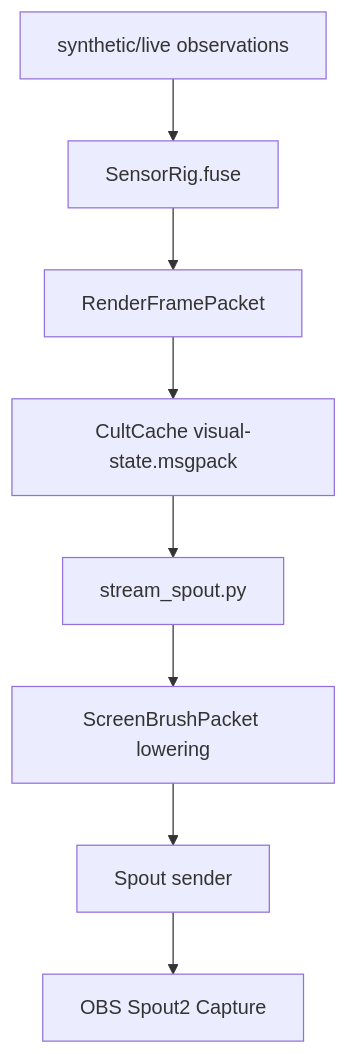
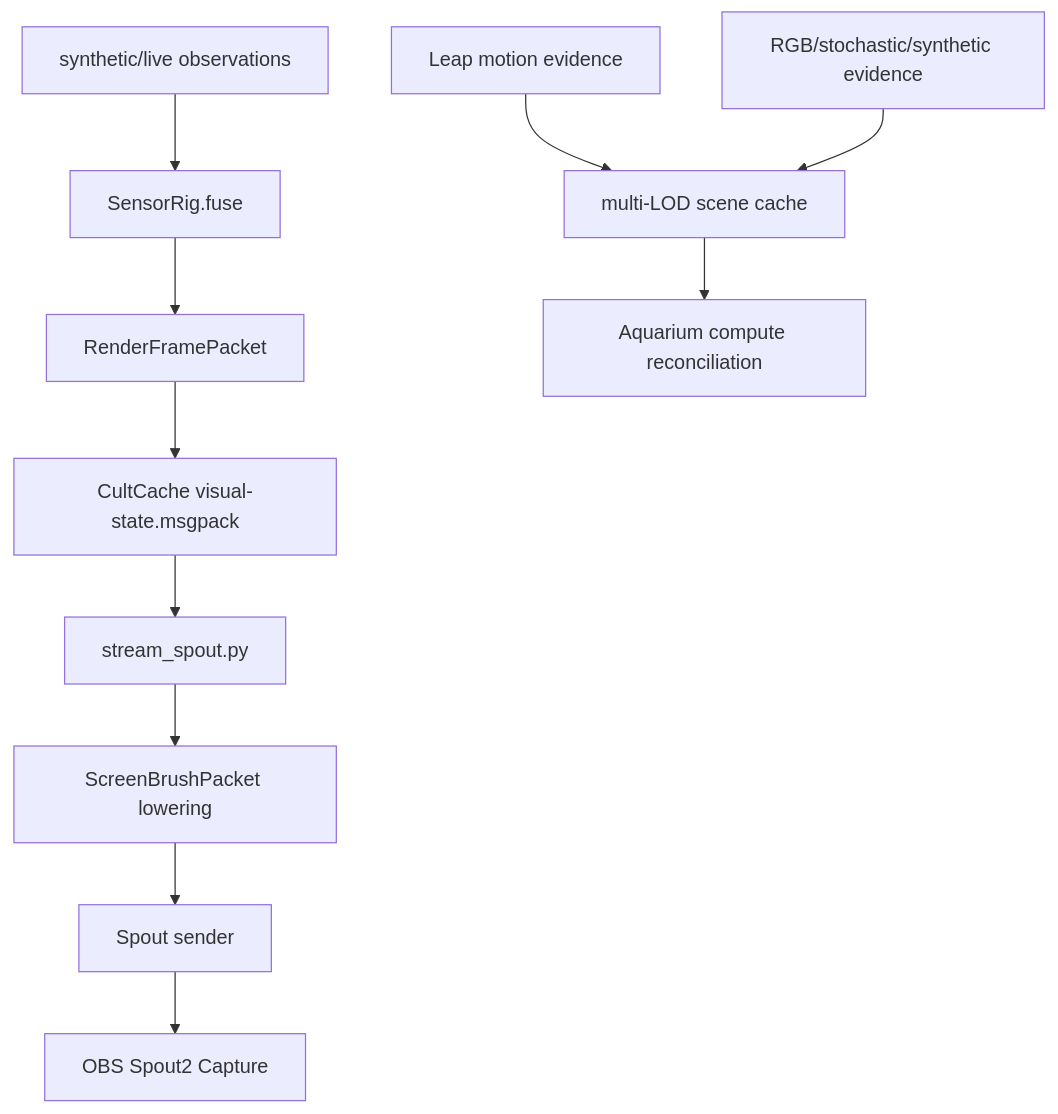
Before and after one commit to GameCult/Mimir: the third of 4 diagrams in notes/current-system-map.md, drawn with Mermaid. The commit also changed other lines of this file and 6 other files, not shown here.

Commit message:
Prioritize Leap evidence in LOD cache

````diff
--- a/notes/current-system-map.md
+++ b/notes/current-system-map.md
@@ -85,10 +85,13 @@
 ```mermaid
 flowchart TD
     A["synthetic/live observations"] --> B["SensorRig.fuse"]
     B --> C["RenderFramePacket"]
     C --> D["CultCache visual-state.msgpack"]
     D --> E["stream_spout.py"]
     E --> F["ScreenBrushPacket lowering"]
     F --> G["Spout sender"]
     G --> H["OBS Spout2 Capture"]
+    I["Leap motion evidence"] --> J["multi-LOD scene cache"]
+    K["RGB/stochastic/synthetic evidence"] --> J
+    J --> L["Aquarium compute reconciliation"]
 ```
````
